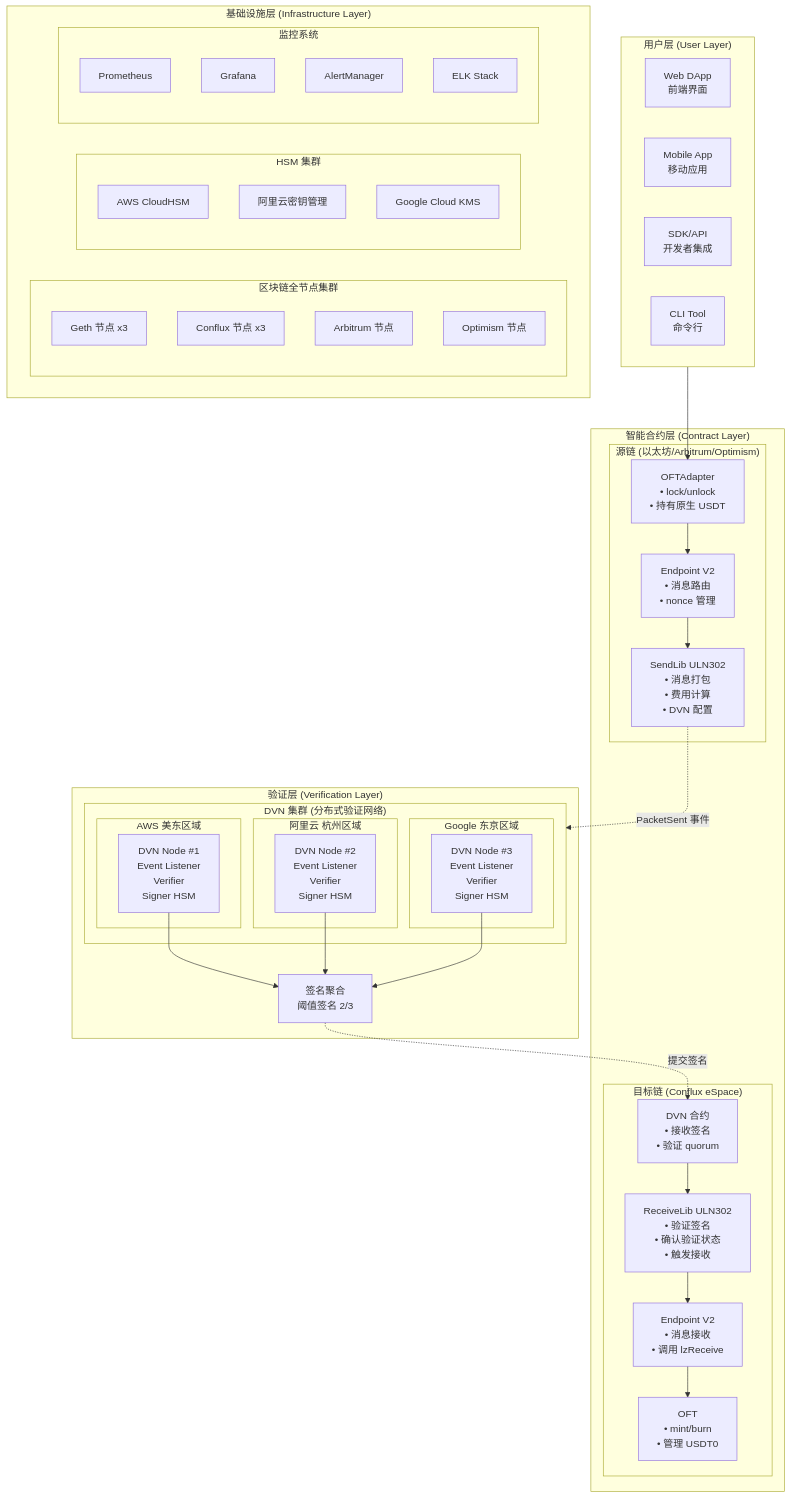
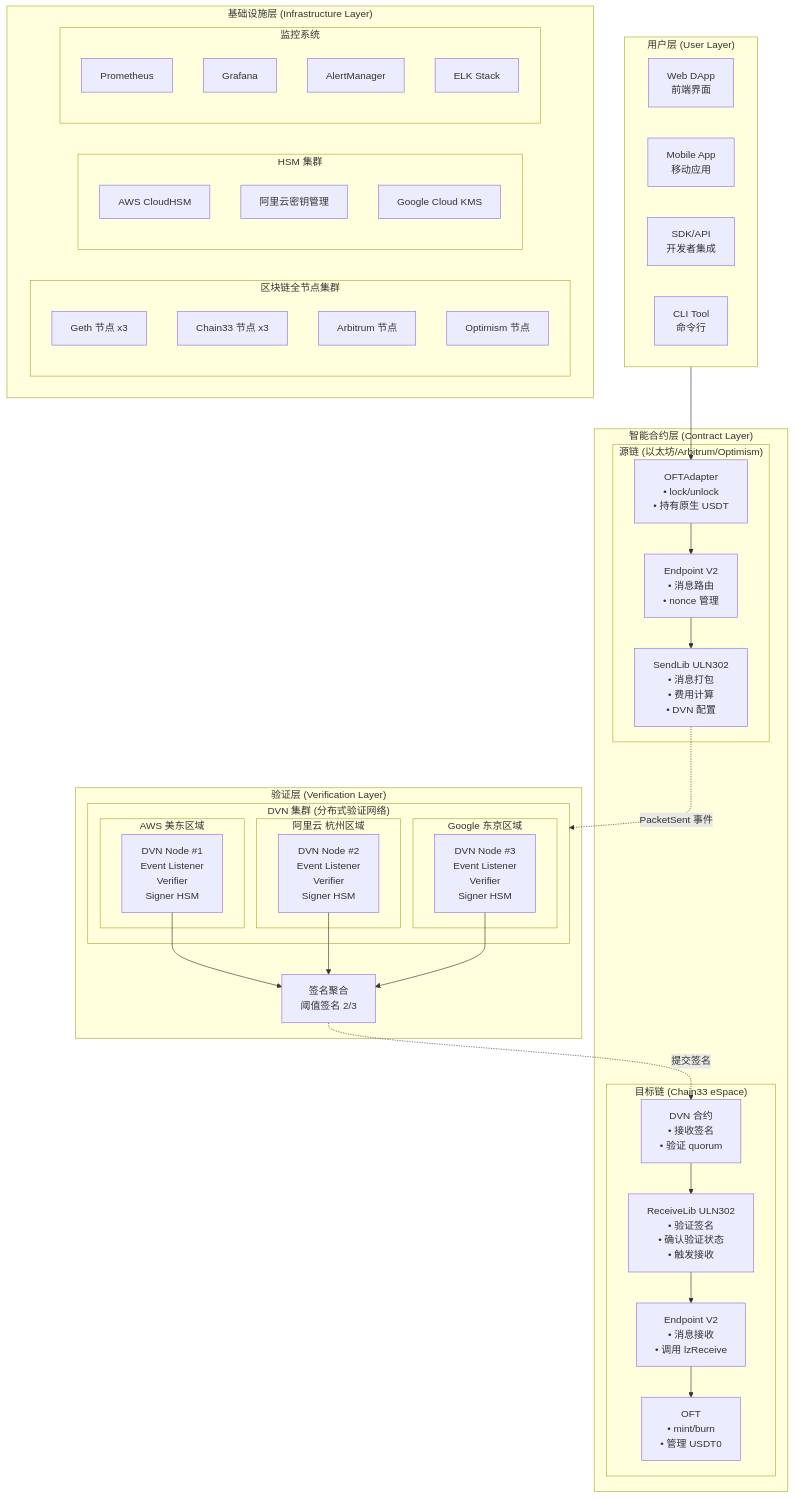
Before and after one commit to vipwzw/blockchain-doc: the first of 6 diagrams in LayerZero_跨链部署方案/01_架构概述.md, drawn with Mermaid. The commit also changed other lines of this file and 9 other files, not shown here.

First line of the commit message:
refactor(LayerZero): 将 Conflux/CFX 替换为 Chain33/Coin33

````diff
--- a/LayerZero_跨链部署方案/01_架构概述.md
+++ b/LayerZero_跨链部署方案/01_架构概述.md
@@ -5,71 +5,71 @@
 ```mermaid
 flowchart TB
     subgraph UserLayer["用户层 (User Layer)"]
         WebDApp[Web DApp<br/>前端界面]
         MobileApp[Mobile App<br/>移动应用]
         SDKAPI[SDK/API<br/>开发者集成]
         CLI[CLI Tool<br/>命令行]
     end
 
     subgraph ContractLayer["智能合约层 (Contract Layer)"]
         subgraph SourceChain["源链 (以太坊/Arbitrum/Optimism)"]
             OFTAdapter[OFTAdapter<br/>• lock/unlock<br/>• 持有原生 USDT]
             SendLib[SendLib ULN302<br/>• 消息打包<br/>• 费用计算<br/>• DVN 配置]
             SrcEndpoint[Endpoint V2<br/>• 消息路由<br/>• nonce 管理]
         end
 
-        subgraph TargetChain["目标链 (Conflux eSpace)"]
+        subgraph TargetChain["目标链 (Chain33 eSpace)"]
             OFT[OFT<br/>• mint/burn<br/>• 管理 USDT0]
             ReceiveLib[ReceiveLib ULN302<br/>• 验证签名<br/>• 确认验证状态<br/>• 触发接收]
             DstEndpoint[Endpoint V2<br/>• 消息接收<br/>• 调用 lzReceive]
             DVNContract[DVN 合约<br/>• 接收签名<br/>• 验证 quorum]
         end
     end
 
     subgraph VerifyLayer["验证层 (Verification Layer)"]
         subgraph DVNCluster["DVN 集群 (分布式验证网络)"]
             subgraph AWSRegion["AWS 美东区域"]
                 DVN1[DVN Node #1<br/>Event Listener<br/>Verifier<br/>Signer HSM]
             end
             subgraph AliyunRegion["阿里云 杭州区域"]
                 DVN2[DVN Node #2<br/>Event Listener<br/>Verifier<br/>Signer HSM]
             end
             subgraph GCPRegion["Google 东京区域"]
                 DVN3[DVN Node #3<br/>Event Listener<br/>Verifier<br/>Signer HSM]
             end
         end
         SignAgg[签名聚合<br/>阈值签名 2/3]
     end
 
     subgraph InfraLayer["基础设施层 (Infrastructure Layer)"]
         subgraph BlockchainNodes["区块链全节点集群"]
             Geth[Geth 节点 x3]
-            ConfluxNode[Conflux 节点 x3]
+            Chain33Node[Chain33 节点 x3]
             ArbNode[Arbitrum 节点]
             OpNode[Optimism 节点]
         end
         subgraph HSMCluster["HSM 集群"]
             AWSCloudHSM[AWS CloudHSM]
             AliyunKMS[阿里云密钥管理]
             GCPKMS[Google Cloud KMS]
         end
         subgraph Monitoring["监控系统"]
             Prometheus[Prometheus]
             Grafana[Grafana]
             AlertManager[AlertManager]
             ELK[ELK Stack]
         end
     end
 
     UserLayer --> OFTAdapter
     OFTAdapter --> SrcEndpoint
     SrcEndpoint --> SendLib
     SendLib -.->|PacketSent 事件| DVNCluster
     DVN1 --> SignAgg
     DVN2 --> SignAgg
     DVN3 --> SignAgg
     SignAgg -.->|提交签名| DVNContract
     DVNContract --> ReceiveLib
     ReceiveLib --> DstEndpoint
     DstEndpoint --> OFT
 ```
````
